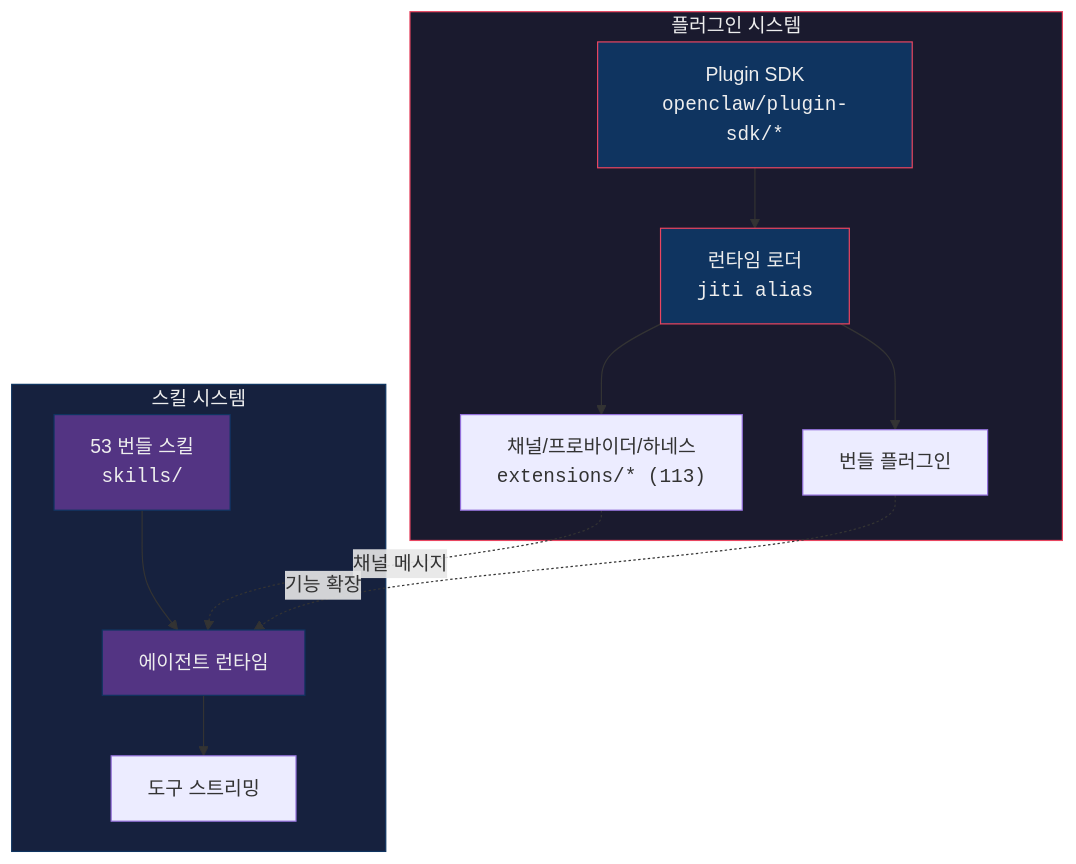
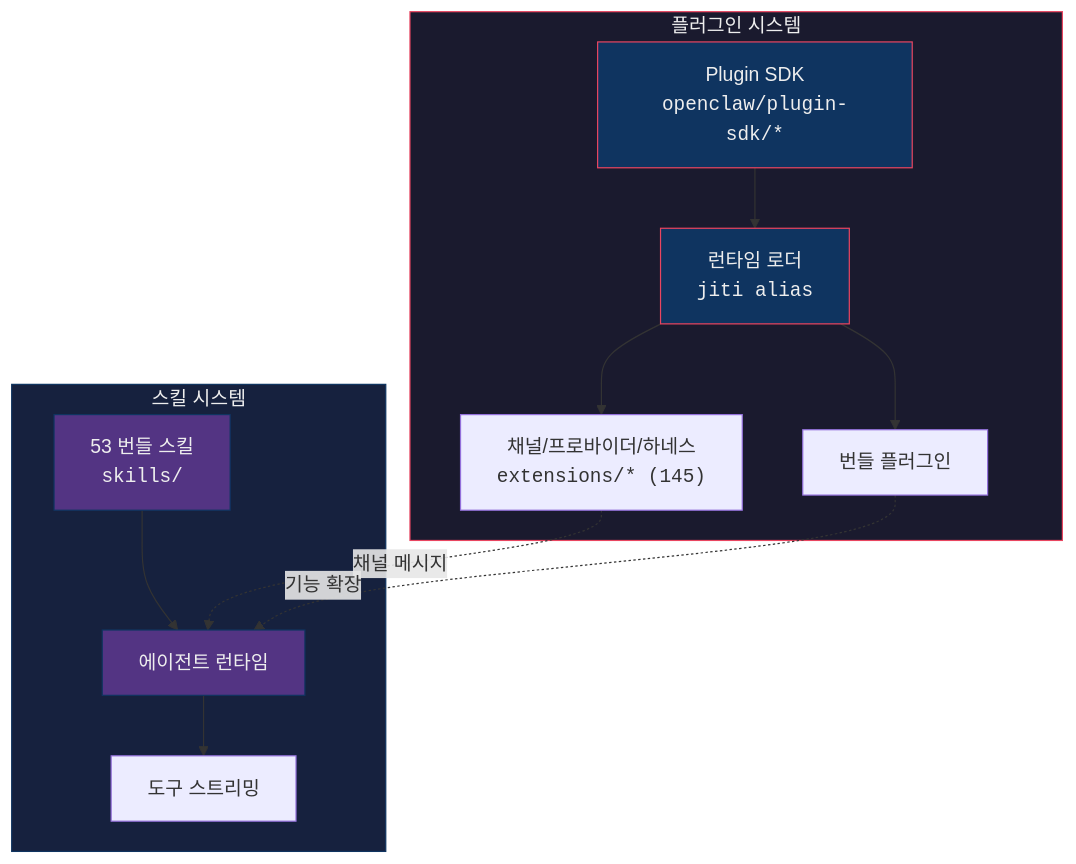
Before and after one commit to kgpark88/aiagent2026: the first of 5 diagrams in openclaw분석/09-플러그인-스킬-시스템.md, drawn with Mermaid. The commit also changed other lines of this file and 11 other files, not shown here.

````diff
--- a/openclaw분석/09-플러그인-스킬-시스템.md
+++ b/openclaw분석/09-플러그인-스킬-시스템.md
@@ -38,32 +42,32 @@
 ```mermaid
 graph TB
     subgraph PluginSystem["플러그인 시스템"]
         SDK["Plugin SDK<br/><code>openclaw/plugin-sdk/*</code>"]
         Loader["런타임 로더<br/><code>jiti alias</code>"]
-        ChannelPlugins["채널/프로바이더/하네스<br/><code>extensions/* (113)</code>"]
+        ChannelPlugins["채널/프로바이더/하네스<br/><code>extensions/* (145)</code>"]
         FeaturePlugins["번들 플러그인"]
     end
 
     subgraph SkillsSystem["스킬 시스템"]
         BundledSkills["53 번들 스킬<br/><code>skills/</code>"]
         AgentRuntime["에이전트 런타임"]
         ToolStreaming["도구 스트리밍"]
     end
 
     SDK --> Loader
     Loader --> ChannelPlugins
     Loader --> FeaturePlugins
 
     BundledSkills --> AgentRuntime
     AgentRuntime --> ToolStreaming
 
     ChannelPlugins -.->|채널 메시지| AgentRuntime
     FeaturePlugins -.->|기능 확장| AgentRuntime
 
     style PluginSystem fill:#1a1a2e,stroke:#e94560,color:#eee
     style SkillsSystem fill:#16213e,stroke:#0f3460,color:#eee
     style SDK fill:#0f3460,stroke:#e94560,color:#eee
     style Loader fill:#0f3460,stroke:#e94560,color:#eee
     style BundledSkills fill:#533483,stroke:#0f3460,color:#eee
     style AgentRuntime fill:#533483,stroke:#0f3460,color:#eee
 ```
````
